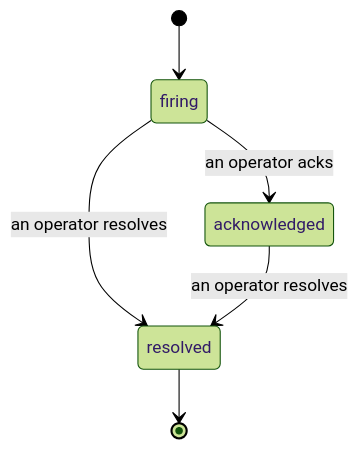
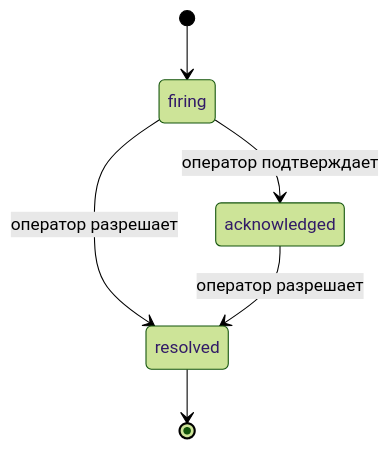
The diagram in docs/ru/agenteye/incidents.mdx (FailproofAI/failproofai), drawn with Mermaid (forest theme) before and after one commit. The commit also changed other lines of this file and 651 other files, not shown here.

````diff
--- a/docs/ru/agenteye/incidents.mdx
+++ b/docs/ru/agenteye/incidents.mdx
@@ -27,8 +26,8 @@
 ```mermaid
 stateDiagram-v2
     [*] --> firing
-    firing --> acknowledged: an operator acks
-    firing --> resolved: an operator resolves
-    acknowledged --> resolved: an operator resolves
+    firing --> acknowledged: оператор подтверждает
+    firing --> resolved: оператор разрешает
+    acknowledged --> resolved: оператор разрешает
     resolved --> [*]
 ```
````
